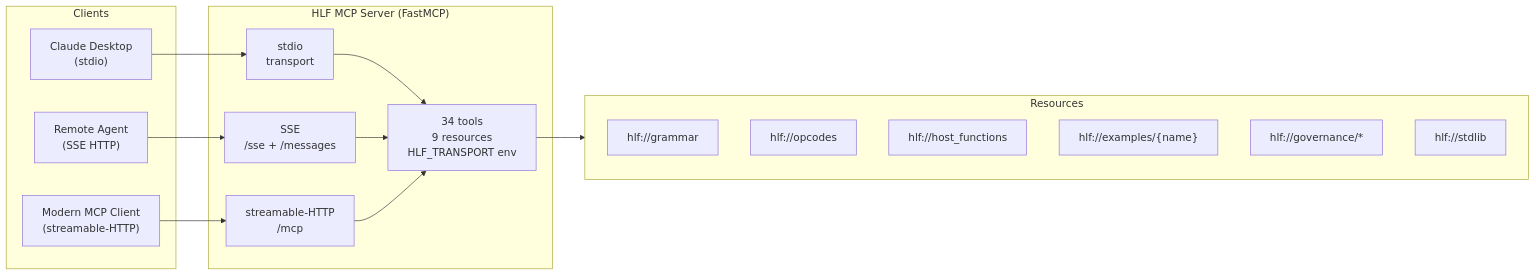
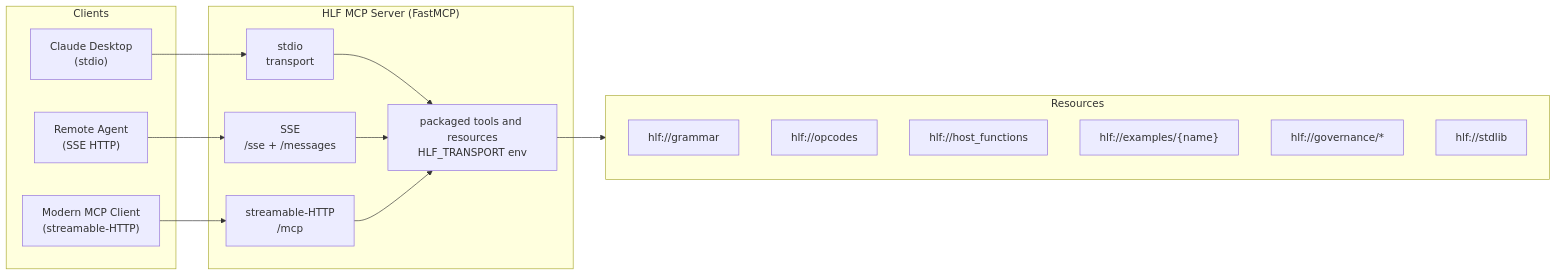
Before and after one commit to Grumpified-OGGVCT/HLF-Hieroglyphic-Logic-Framework-MCP: the ninth of 10 diagrams in README.md, drawn with Mermaid. The commit also changed other lines of this file and 1 other file, not shown here.

````diff
--- a/README.md
+++ b/README.md
@@ -876,32 +934,32 @@
 ```mermaid
 graph LR
     subgraph Clients
         C1["Claude Desktop\n(stdio)"]
         C2["Remote Agent\n(SSE HTTP)"]
         C3["Modern MCP Client\n(streamable-HTTP)"]
     end
 
     subgraph Server["HLF MCP Server  (FastMCP)"]
         T1["stdio\ntransport"]
         T2["SSE\n/sse + /messages"]
         T3["streamable-HTTP\n/mcp"]
-        Core["34 tools\n9 resources\nHLF_TRANSPORT env"]
+        Core["packaged tools and resources\nHLF_TRANSPORT env"]
         T1 --> Core
         T2 --> Core
         T3 --> Core
     end
 
     subgraph Resources
         R1["hlf://grammar"]
         R2["hlf://opcodes"]
         R3["hlf://host_functions"]
         R4["hlf://examples/{name}"]
         R5["hlf://governance/*"]
         R6["hlf://stdlib"]
     end
 
     C1 --> T1
     C2 --> T2
     C3 --> T3
     Core --> Resources
 ```
````
